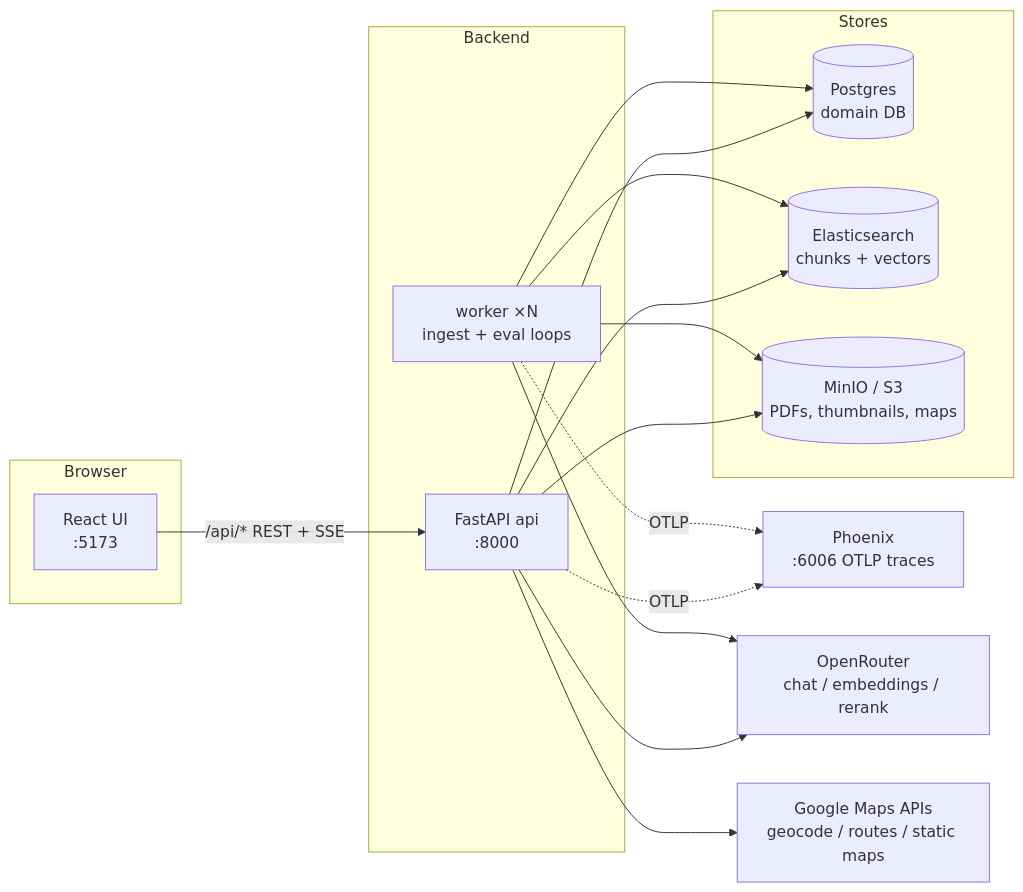
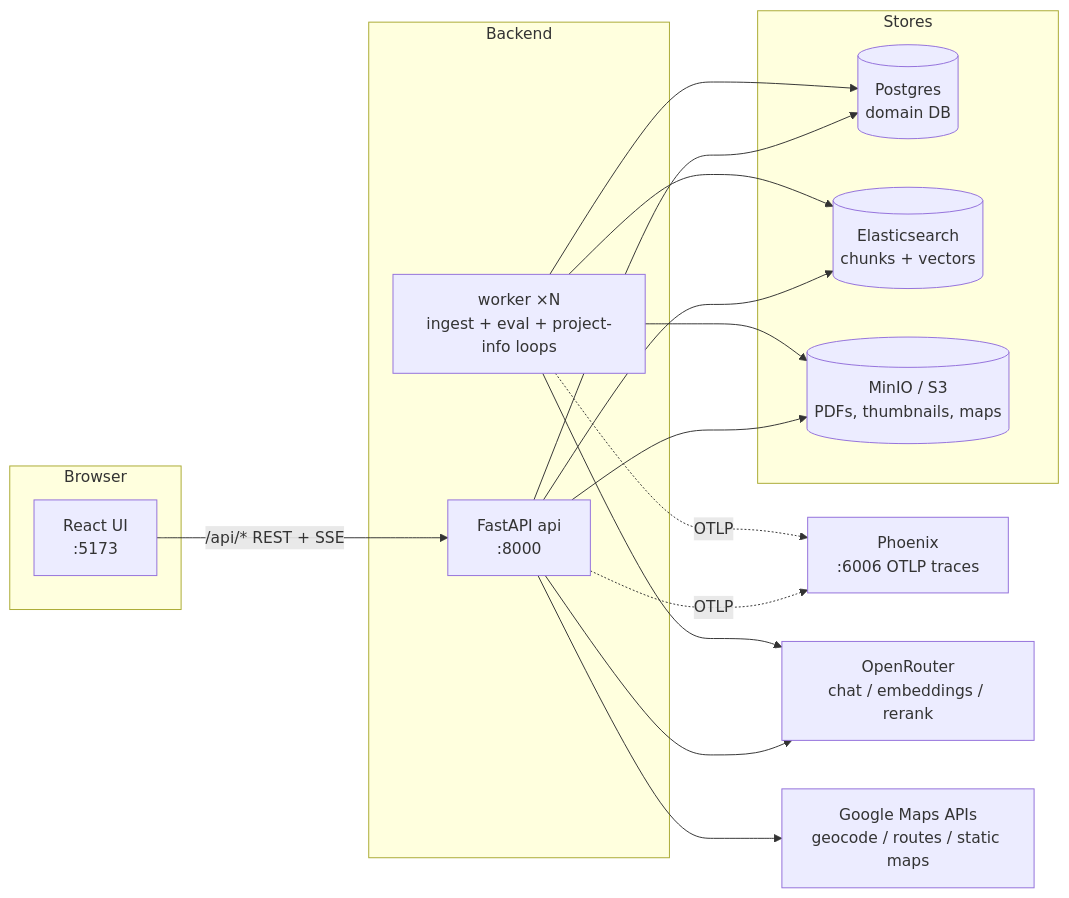
One commit to arthurshen74/strassenbau-vergabe-assistant changed the first of 4 diagrams in APPLICATION_ARCHITECTURE.md. Above: the diagram before and after it, drawn with Mermaid. The commit also changed other lines of this file and 40 other files, not shown here.

````diff
--- a/APPLICATION_ARCHITECTURE.md
+++ b/APPLICATION_ARCHITECTURE.md
@@ -9,26 +9,26 @@
 ```mermaid
 flowchart LR
     subgraph Browser
         UI["React UI<br/>:5173"]
     end
     subgraph Backend
         API["FastAPI api<br/>:8000"]
-        WORKER["worker ×N<br/>ingest + eval loops"]
+        WORKER["worker ×N<br/>ingest + eval + project-info loops"]
     end
     subgraph Stores
         PG[("Postgres<br/>domain DB")]
         ES[("Elasticsearch<br/>chunks + vectors")]
         S3[("MinIO / S3<br/>PDFs, thumbnails, maps")]
     end
     PHOENIX["Phoenix<br/>:6006 OTLP traces"]
     OR["OpenRouter<br/>chat / embeddings / rerank"]
     GM["Google Maps APIs<br/>geocode / routes / static maps"]
 
     UI -->|"/api/* REST + SSE"| API
     API --> PG & ES & S3
     API --> OR & GM
     WORKER --> PG & ES & S3
     WORKER --> OR
     API -.OTLP.-> PHOENIX
     WORKER -.OTLP.-> PHOENIX
 ```
````
